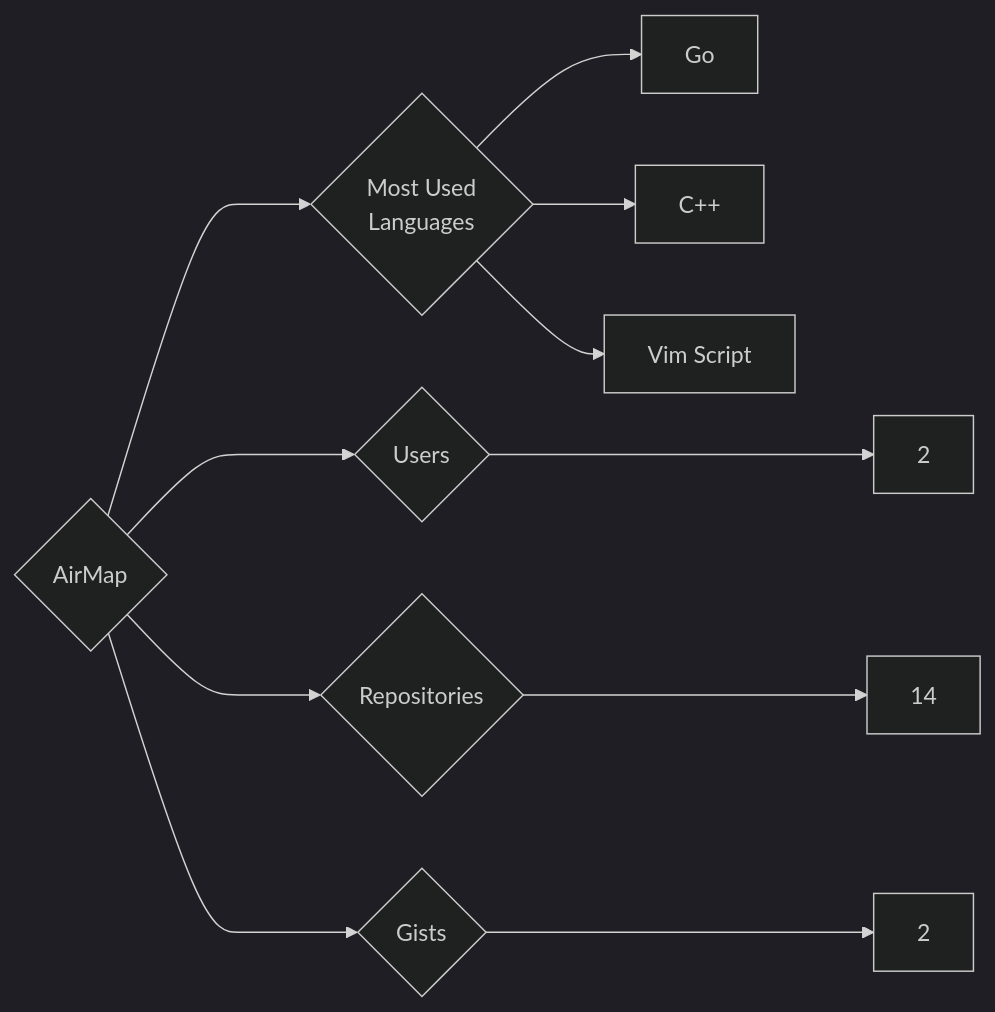
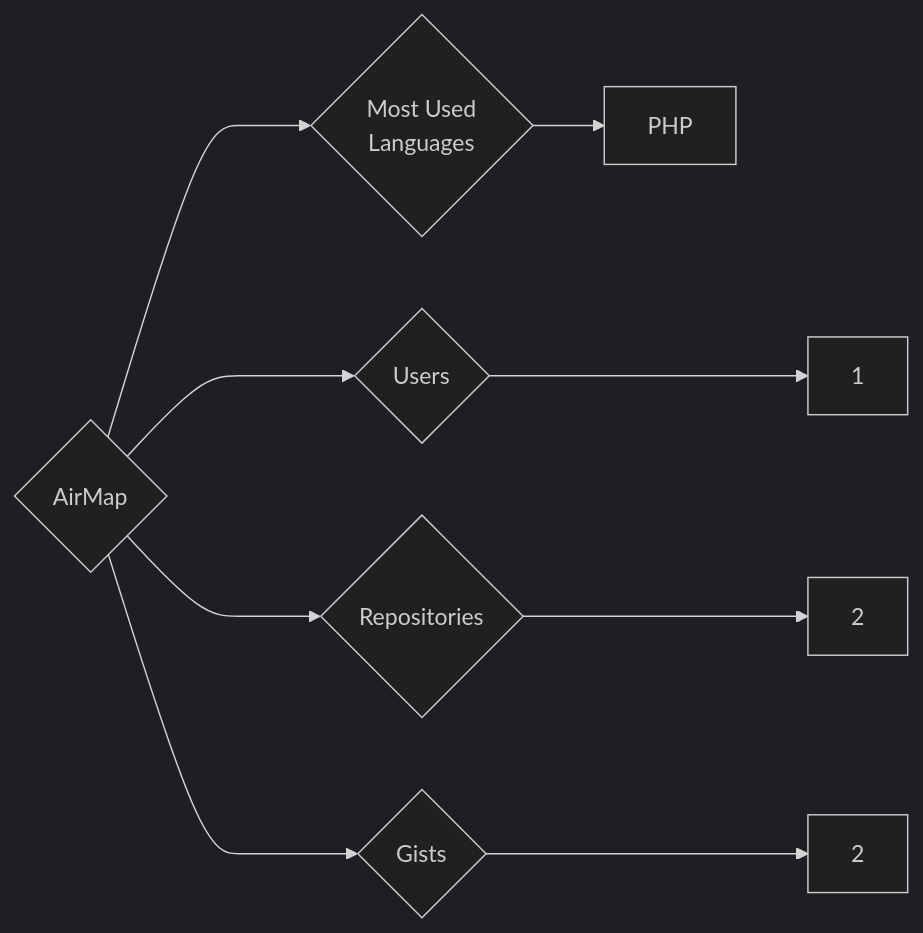
One commit to trickest/insiders changed the diagram in targets/AirMap/README.md. Above: the diagram before and after it, drawn with Mermaid (dark theme). The commit also changed 440 other files, not shown here.

````diff
--- a/targets/AirMap/README.md
+++ b/targets/AirMap/README.md
@@ -3,11 +3,9 @@
 ```mermaid
 graph LR
 COMPANY_NAME{AirMap}
-COMPANY_NAME ---> U{Users} ---> UN[2]
-COMPANY_NAME ---> R{Repositories} ---> RN[14]
+COMPANY_NAME ---> U{Users} ---> UN[1]
+COMPANY_NAME ---> R{Repositories} ---> RN[2]
 COMPANY_NAME ---> G{Gists} ---> GN[2]
 COMPANY_NAME ---> ML{Most Used<br>Languages}
-ML --> Go[Go]
-ML --> C++[C++]
-ML --> Vim_Script[Vim Script]
+ML --> PHP[PHP]
 ```
````
